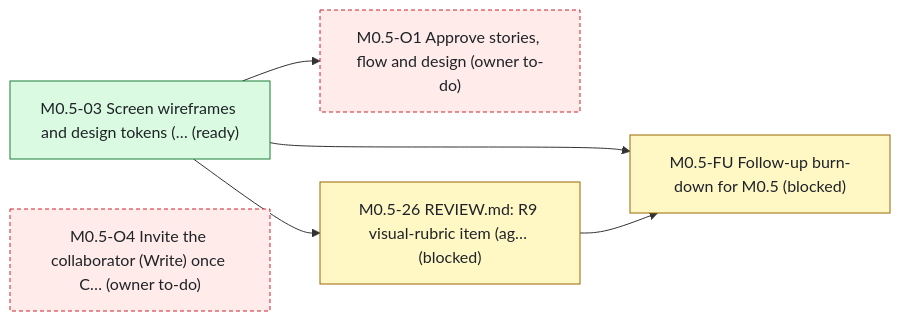
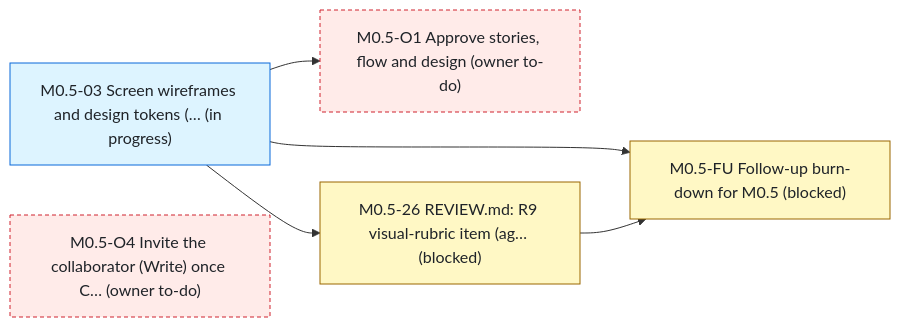
Before and after one commit to bondo/listicles2: the first of 2 diagrams in status.md, drawn with Mermaid. The commit also changed other lines of this file and 2 other files, not shown here.

````diff
--- a/status.md
+++ b/status.md
@@ -108,17 +108,17 @@
 ```mermaid
 flowchart LR
-    n0["M0.5-03 Screen wireframes and design tokens (… (ready)"]:::ready
+    n0["M0.5-03 Screen wireframes and design tokens (… (in progress)"]:::progress
     n1["M0.5-FU Follow-up burn-down for M0.5 (blocked)"]:::blocked
     n2["M0.5-O1 Approve stories, flow and design (owner to-do)"]:::owner
     n3["M0.5-26 REVIEW.md: R9 visual-rubric item (ag… (blocked)"]:::blocked
     n4["M0.5-O4 Invite the collaborator (Write) once C… (owner to-do)"]:::owner
     n0 --> n1
     n3 --> n1
     n0 --> n2
     n0 --> n3
     classDef ready fill:#dafbe1,stroke:#1a7f37,color:#1f2328
     classDef progress fill:#ddf4ff,stroke:#0969da,color:#1f2328
     classDef blocked fill:#fff8c5,stroke:#9a6700,color:#1f2328
     classDef owner fill:#ffebe9,stroke:#cf222e,color:#1f2328,stroke-dasharray:4 3
     classDef ext fill:#eaeef2,stroke:#59636e,color:#1f2328,stroke-dasharray:2 2
 ```
````
